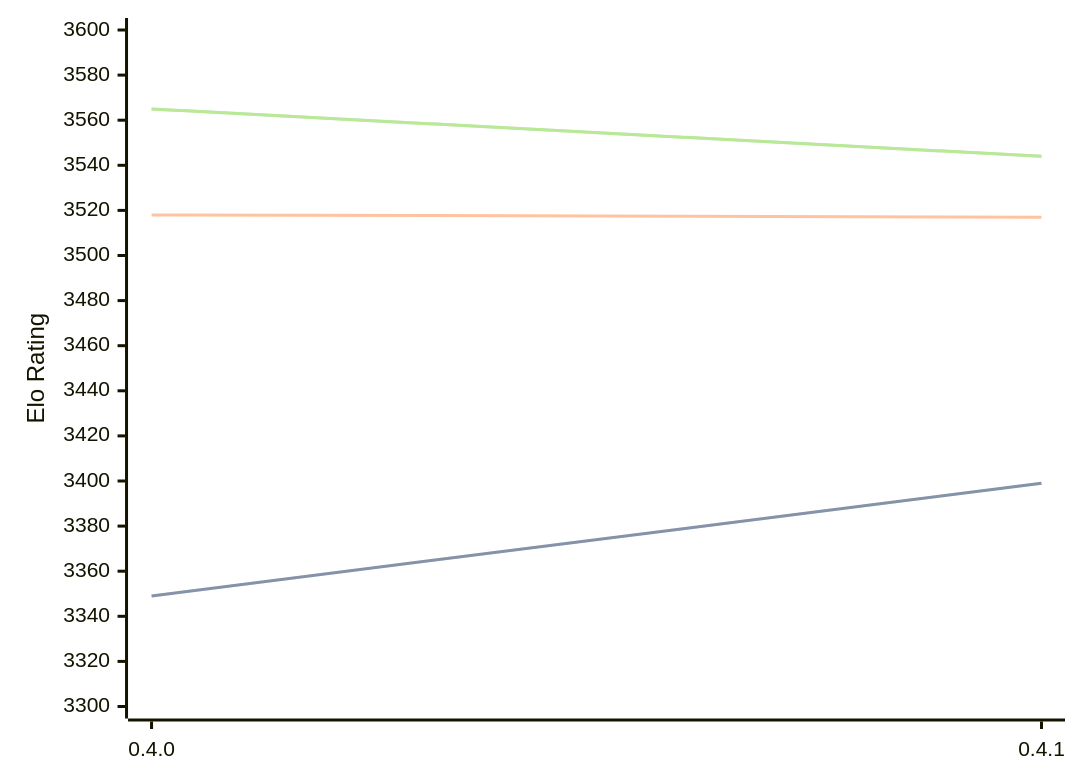
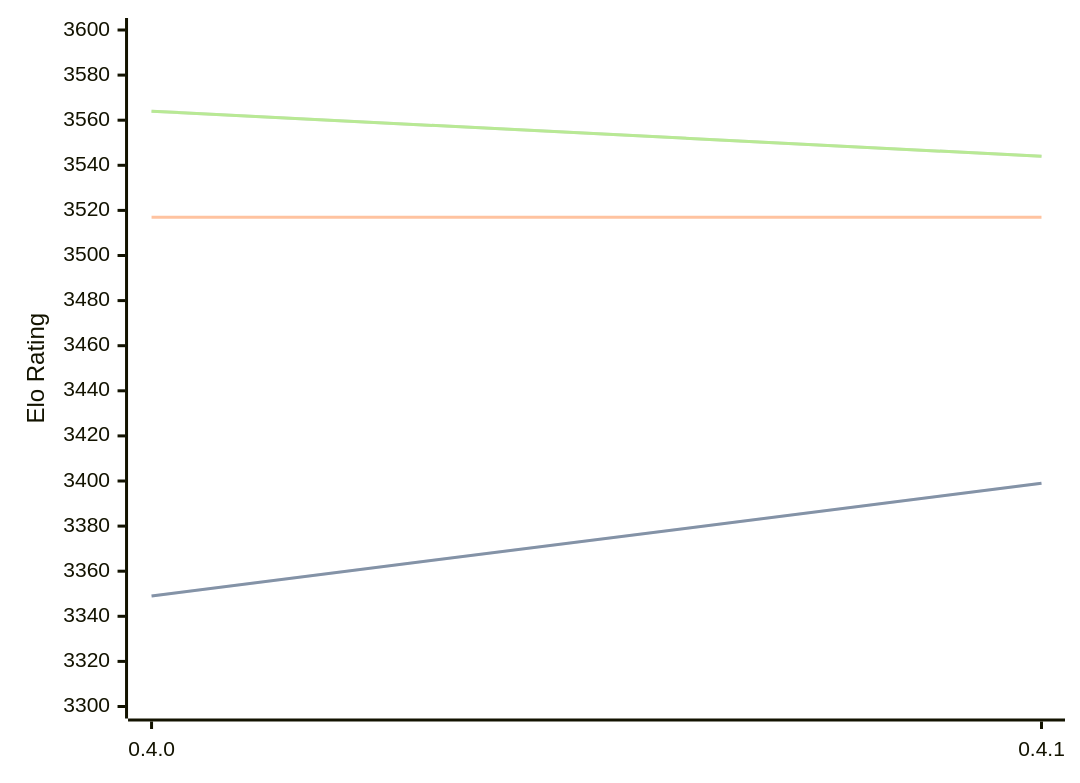
Before and after one commit to computer-chess-index/cci: the diagram in engines/Cinder.md, drawn with Mermaid. The commit also changed other lines of this file, not shown here.

Commit message:
Update CCI Ratings (ELO VLTC) - 2026-03-09

````diff
--- a/engines/Cinder.md
+++ b/engines/Cinder.md
@@ -38,11 +38,11 @@
 ```mermaid
 %%{init: {"theme":"base","themeVariables":{"seriesColors:['#a3a3a3','#222221','#faa371']}}}%%
 xychart-beta
   x-axis ["0.4.0", "0.4.1"]
   y-axis "Elo Rating" 3300 --> 3600
   line "STC (8.0+0.08s)" [3349, 3399]
   line "STC (8.0+0.08s)" [3349, 3399]
-  line "LTC (60.0+0.60s)" [3518, 3517]
-  line "VLTC (2m24s+1.12s)" [3565, 3544]
-  line "VLTC (2m24s+1.12s)" [3565, 3544]
+  line "LTC (60.0+0.60s)" [3517, 3517]
+  line "VLTC (2m24s+1.12s)" [3564, 3544]
+  line "VLTC (2m24s+1.12s)" [3564, 3544]
 ```
````
